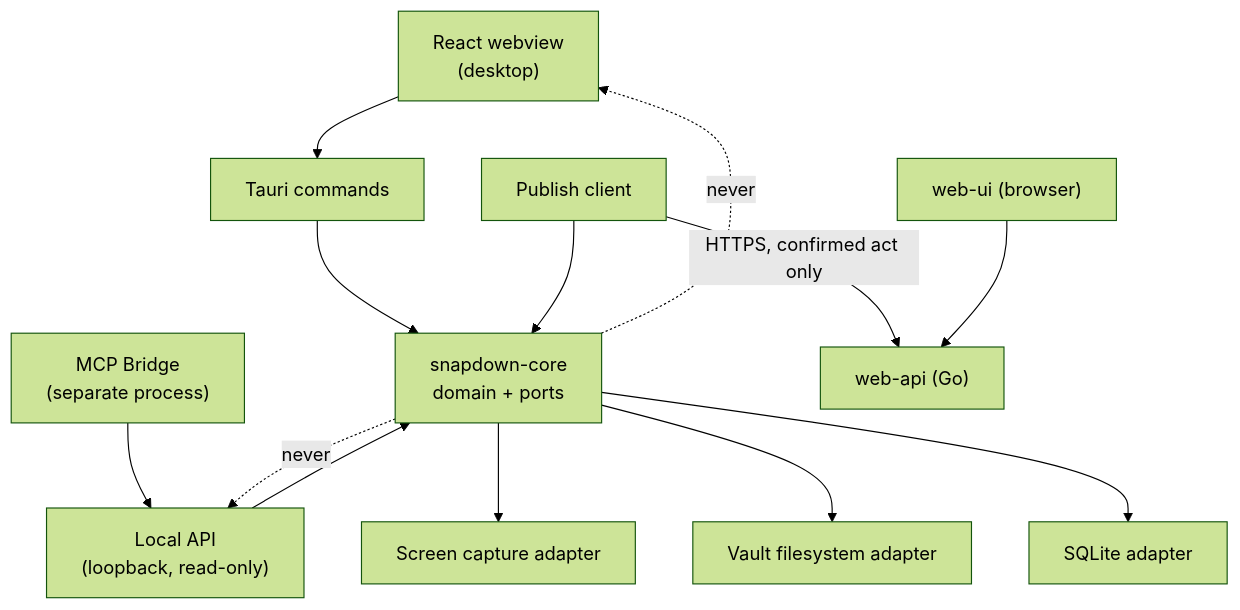
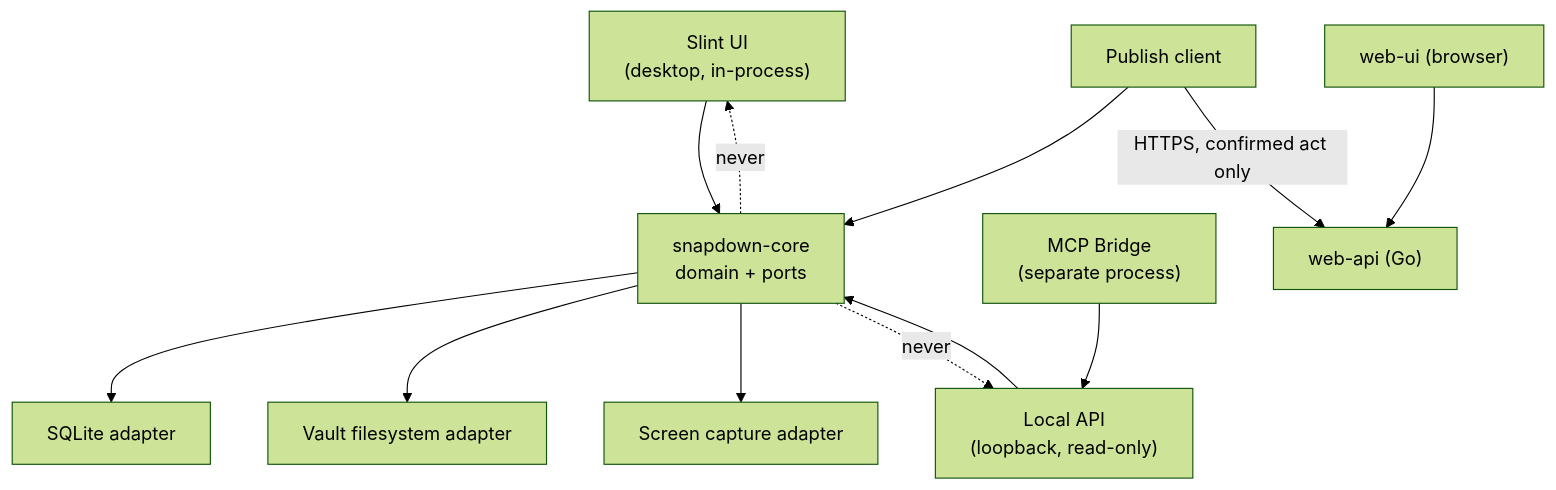
The first of 2 diagrams in .how/_platform/ARCHITECTURE-SPINE.md (wiradigitalid/snapdown), drawn with Mermaid (forest theme) before and after one commit. The commit also changed other lines of this file and 11 other files, not shown here.

````diff
--- a/.how/_platform/ARCHITECTURE-SPINE.md
+++ b/.how/_platform/ARCHITECTURE-SPINE.md
@@ -49,15 +49,14 @@
 ```mermaid
 graph TD
-    UI["React webview<br/>(desktop)"] --> CMD["Tauri commands"]
-    CMD --> CORE["snapdown-core<br/>domain + ports"]
+    UI["Slint UI<br/>(desktop, in-process)"] --> CORE["snapdown-core<br/>domain + ports"]
     API["Local API<br/>(loopback, read-only)"] --> CORE
     PUB["Publish client"] --> CORE
     CORE --> STORE["SQLite adapter"]
     CORE --> BLOB["Vault filesystem adapter"]
     CORE --> CAP["Screen capture adapter"]
     BRIDGE["MCP Bridge<br/>(separate process)"] --> API
     PUB -->|"HTTPS, confirmed act only"| WEB["web-api (Go)"]
     WEBUI["web-ui (browser)"] --> WEB
     CORE -.->|"never"| UI
     CORE -.->|"never"| API
 ```
````
